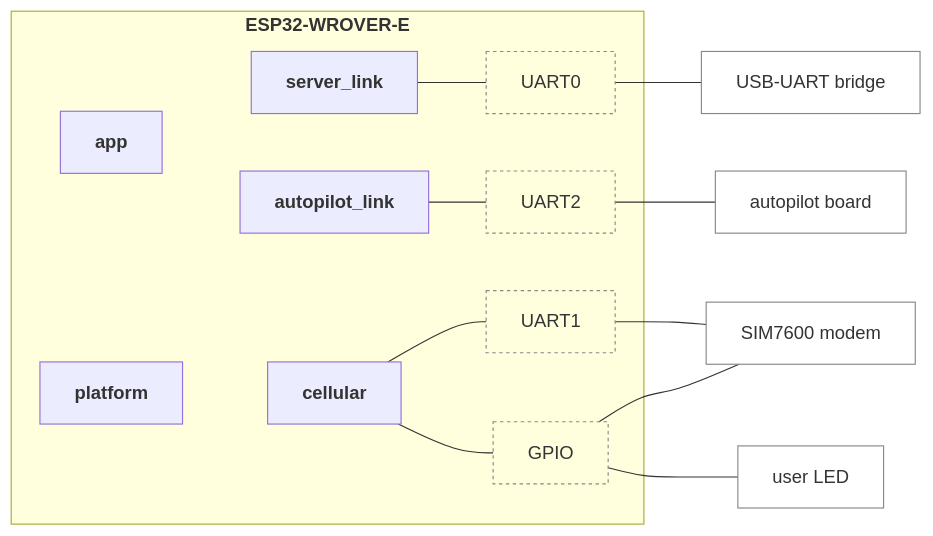
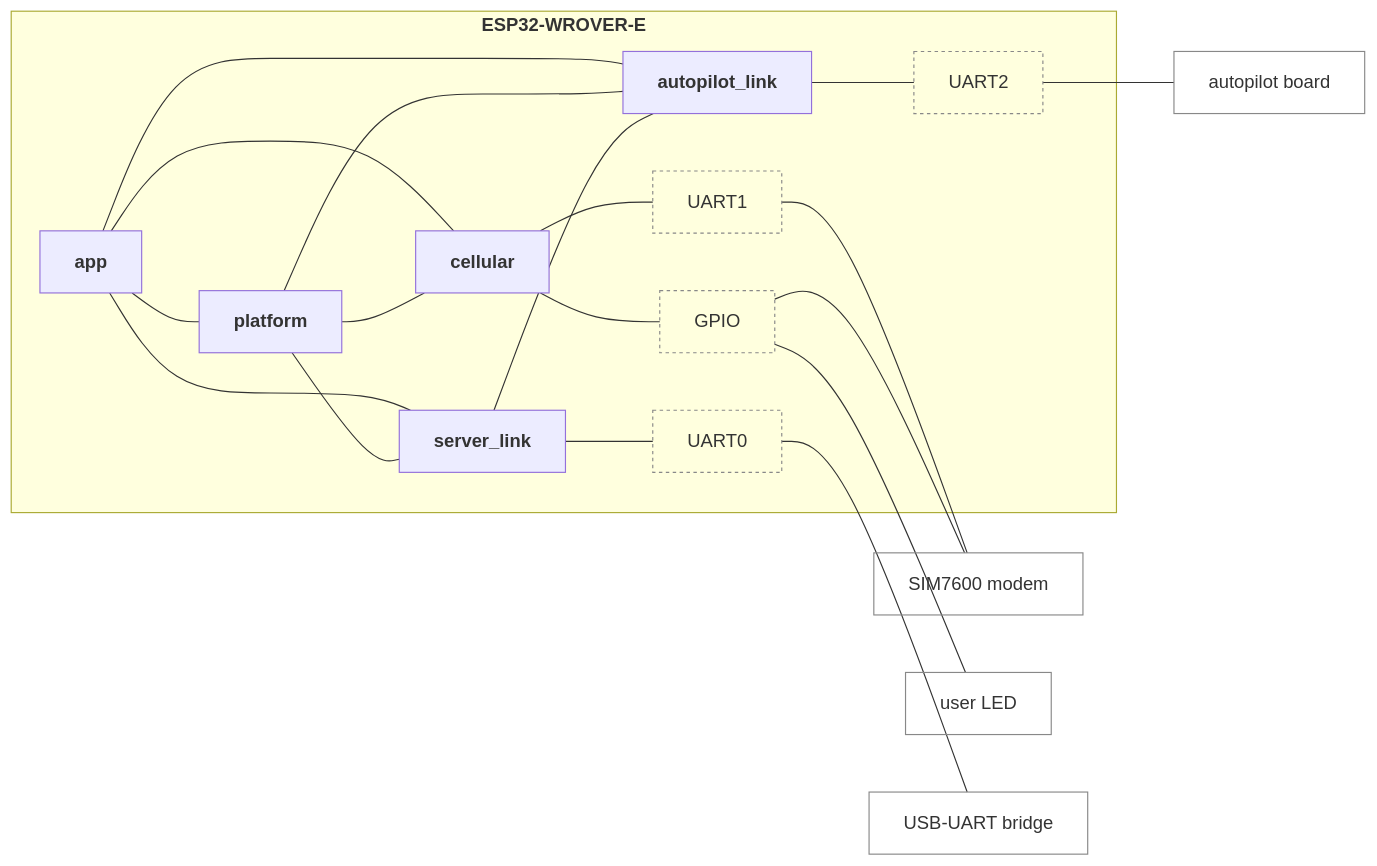
The fourth of 6 diagrams in examples/gateway/diagrams.md (jRmx0/esp-architecture), drawn with Mermaid before and after one commit. The commit also changed other lines of this file and 4 other files, not shown here.

````diff
--- a/examples/gateway/diagrams.md
+++ b/examples/gateway/diagrams.md
@@ -76,34 +76,39 @@
 ```mermaid
 flowchart LR
   subgraph cpu_box["<b>ESP32-WROVER-E</b>"]
     n_cellular["<b>cellular</b>"]
     n_server_link["<b>server_link</b>"]
     n_autopilot_link["<b>autopilot_link</b>"]
     n_app["<b>app</b>"]
     n_platform["<b>platform</b>"]
     n_uart_modem["UART1"]
     n_uart2_board["UART2"]
     n_uart0_console["UART0"]
     n_gpio_board["GPIO"]
   end
   n_sim7600["SIM7600 modem"]
   n_user_led["user LED"]
   n_autopilot_board["autopilot board"]
   n_ch9102["USB-UART bridge"]
   n_server_link --- n_uart0_console
   n_cellular --- n_uart_modem
   n_cellular --- n_gpio_board
   n_autopilot_link --- n_uart2_board
   n_uart_modem --- n_sim7600
   n_gpio_board --- n_sim7600
   n_gpio_board --- n_user_led
   n_uart2_board --- n_autopilot_board
   n_uart0_console --- n_ch9102
-  n_app ~~~ n_server_link
-  n_platform ~~~ n_cellular
-  n_app ~~~ n_autopilot_link
+  n_app --- n_platform
+  n_app --- n_server_link
+  n_app --- n_cellular
+  n_app --- n_autopilot_link
+  n_platform --- n_server_link
+  n_platform --- n_cellular
+  n_platform --- n_autopilot_link
+  n_server_link --- n_autopilot_link
   classDef bus fill:none,stroke:#888,stroke-dasharray:3 3
   class n_uart_modem,n_uart2_board,n_uart0_console,n_gpio_board bus
   classDef device fill:none,stroke:#888
   class n_sim7600,n_user_led,n_autopilot_board,n_ch9102 device
 ```
````
